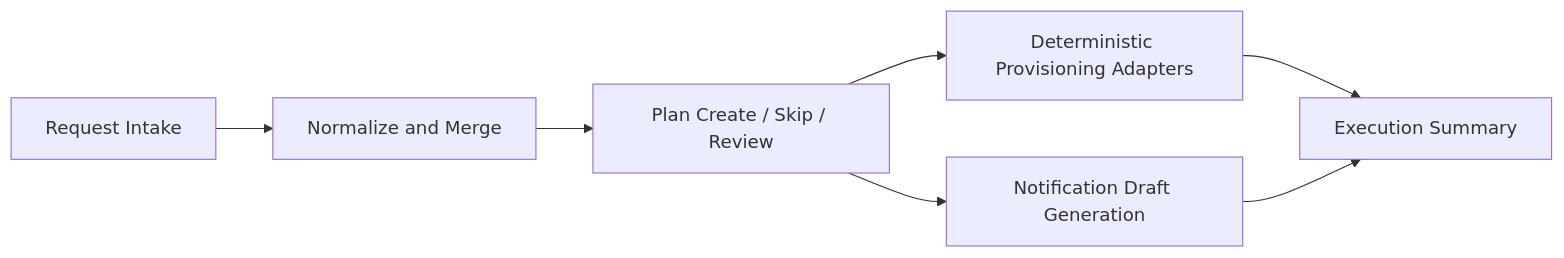
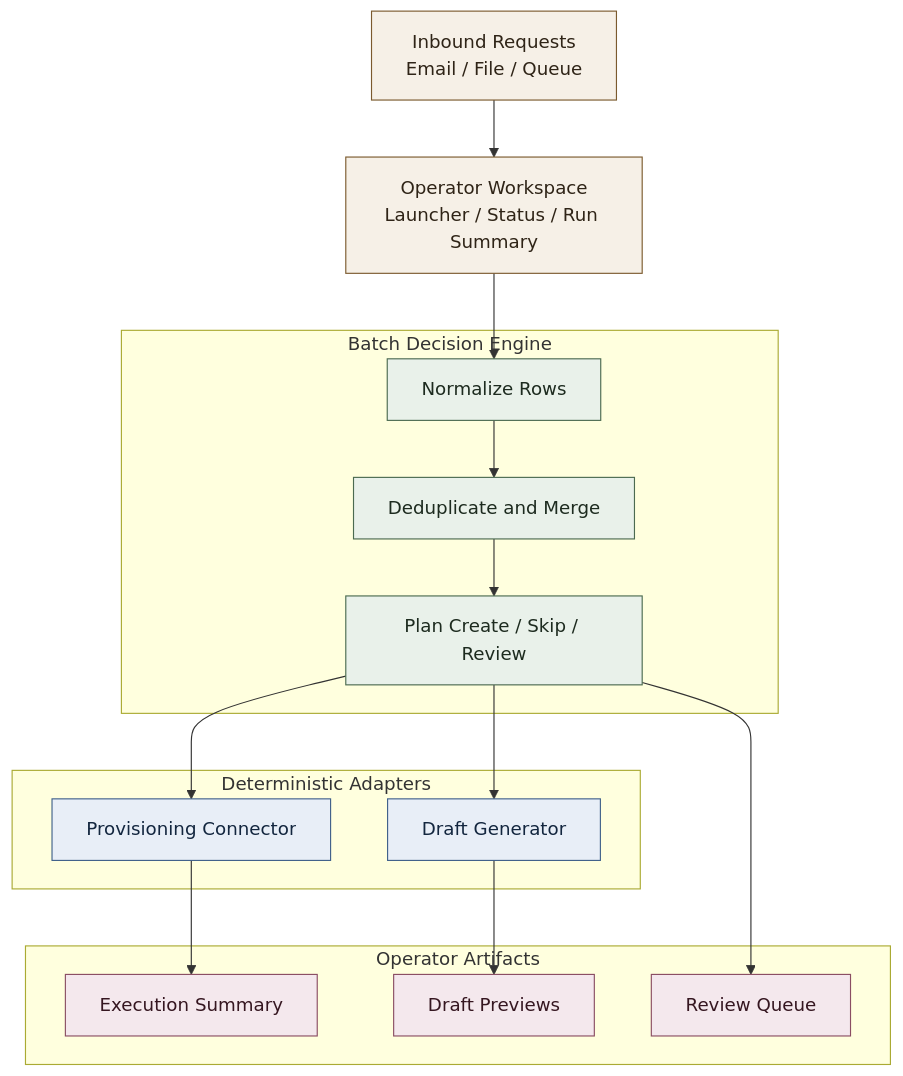
One commit to islanderwalk/enterprise-provisioning-workbench-demo changed the diagram in README.md. Above: the diagram before and after it, drawn with Mermaid. The commit also changed other lines of this file, not shown here.

Commit message:
Add execution evidence to public demo README

````diff
--- a/README.md
+++ b/README.md
@@ -21,9 +35,42 @@
 ```mermaid
-flowchart LR
-    Intake["Request Intake"] --> Normalize["Normalize and Merge"]
-    Normalize --> Plan["Plan Create / Skip / Review"]
-    Plan --> Provision["Deterministic Provisioning Adapters"]
-    Plan --> Drafts["Notification Draft Generation"]
-    Provision --> Summary["Execution Summary"]
-    Drafts --> Summary
+flowchart TB
+    Operator["Operator Workspace<br>Launcher / Status / Run Summary"]
+    Inbox["Inbound Requests<br>Email / File / Queue"]
+
+    subgraph Engine["Batch Decision Engine"]
+        Normalize["Normalize Rows"]
+        Merge["Deduplicate and Merge"]
+        Plan["Plan Create / Skip / Review"]
+    end
+
+    subgraph Adapters["Deterministic Adapters"]
+        Provision["Provisioning Connector"]
+        Notify["Draft Generator"]
+    end
+
+    subgraph Outputs["Operator Artifacts"]
+        Summary["Execution Summary"]
+        Review["Review Queue"]
+        Drafts["Draft Previews"]
+    end
+
+    Inbox --> Operator
+    Operator --> Normalize
+    Normalize --> Merge
+    Merge --> Plan
+    Plan --> Provision
+    Plan --> Notify
+    Plan --> Review
+    Provision --> Summary
+    Notify --> Drafts
+
+    classDef shell fill:#f6f0e7,stroke:#7b5a2e,color:#2f2417;
+    classDef engine fill:#e9f1ea,stroke:#4b6a50,color:#1d2b1f;
+    classDef adapter fill:#e8eef7,stroke:#40618a,color:#13263f;
+    classDef output fill:#f4e8ed,stroke:#8a4d63,color:#351620;
+
+    class Operator,Inbox shell;
+    class Normalize,Merge,Plan engine;
+    class Provision,Notify adapter;
+    class Summary,Review,Drafts output;
 ```
````
